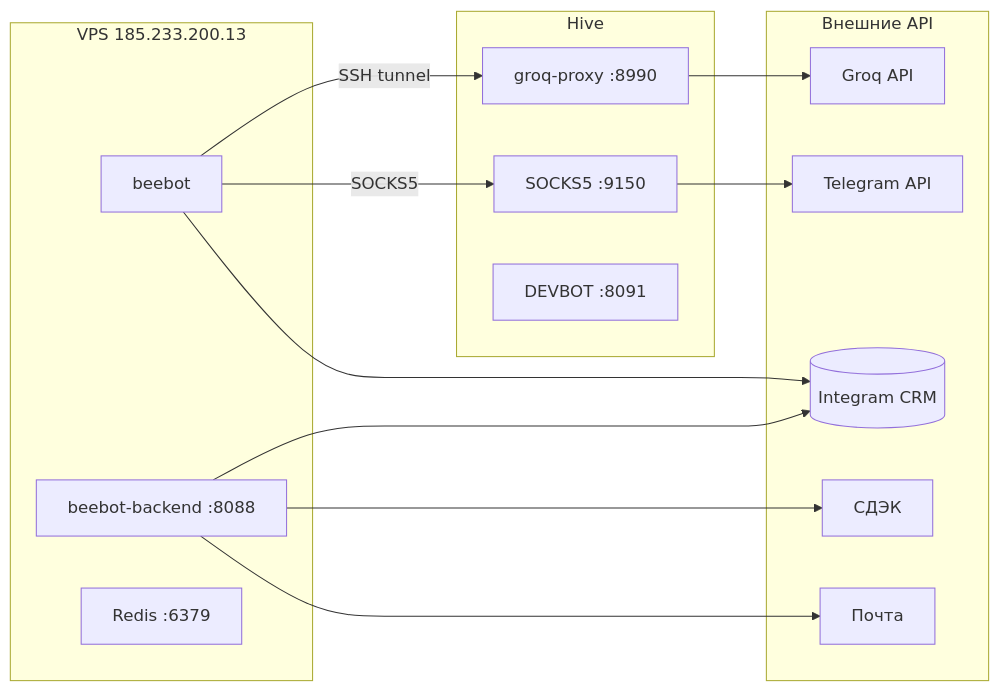
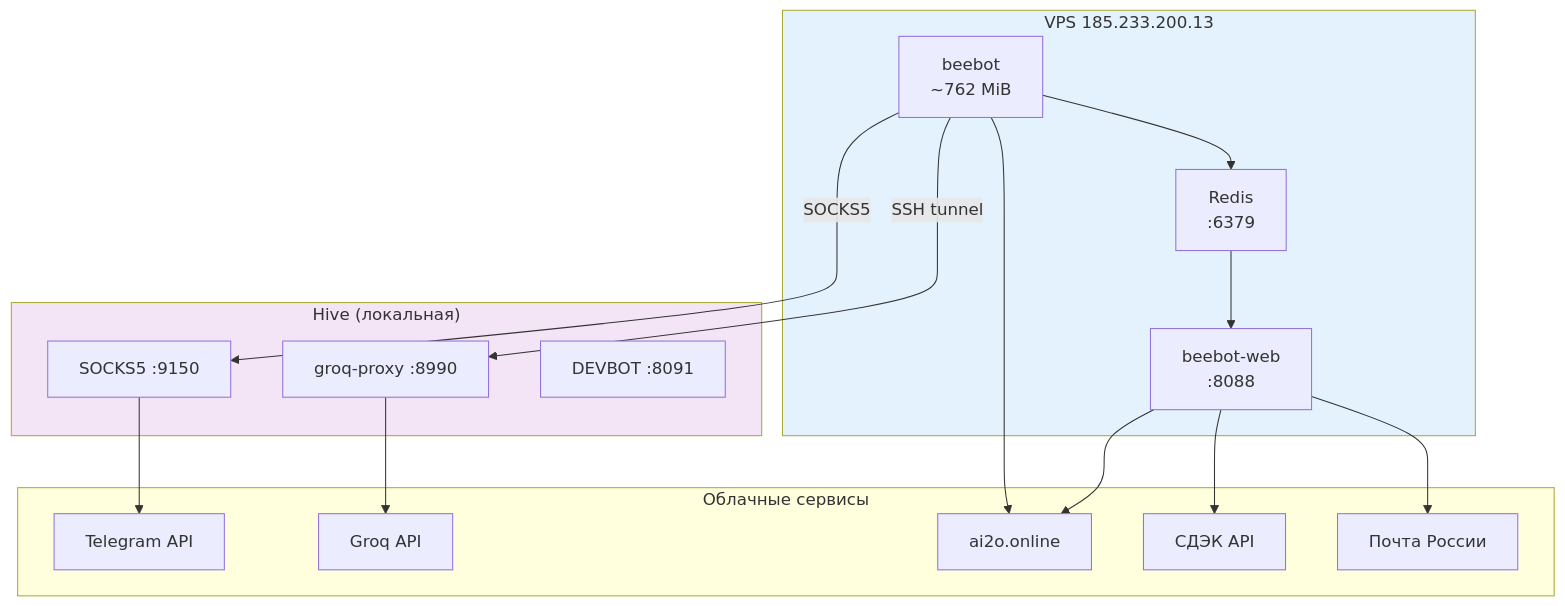
Before and after one commit to unidel2035/BEEBOT: the seventh of 10 diagrams in docs/architecture.md, drawn with Mermaid. The commit also changed other lines of this file and 4 other files, not shown here.

First line of the commit message:
docs: анализ проекта, план развития, архитектурные диаграммы (#144)

````diff
--- a/docs/architecture.md
+++ b/docs/architecture.md
@@ -398,27 +236,31 @@
 ```mermaid
-graph LR
+graph TB
     subgraph VPS["VPS 185.233.200.13"]
-        BOT[beebot]
-        WEB[beebot-backend :8088]
-        REDIS[Redis :6379]
+        BOT_C["beebot<br/>~762 MiB"]
+        WEB_C["beebot-web<br/>:8088"]
+        REDIS_C["Redis<br/>:6379"]
     end
 
-    subgraph HIVE["Hive"]
-        PROXY[groq-proxy :8990]
-        SOCKS[SOCKS5 :9150]
-        DEVBOT[DEVBOT :8091]
+    subgraph HIVE["Hive (локальная)"]
+        GROQ_P["groq-proxy :8990"]
+        SOCKS["SOCKS5 :9150"]
+        DEVBOT_C["DEVBOT :8091"]
     end
 
-    subgraph EXT["Внешние API"]
-        GROQ[Groq API]
-        TG[Telegram API]
-        CRM_EXT[(Integram CRM)]
-        CDEK[СДЭК]
-        POCHTA[Почта]
+    subgraph CLOUD["Облачные сервисы"]
+        TG_API["Telegram API"]
+        GROQ_API["Groq API"]
+        CRM_V2_C["ai2o.online"]
+        CDEK["СДЭК API"]
+        POCHTA["Почта России"]
     end
 
-    BOT -->|SSH tunnel| PROXY --> GROQ
-    BOT -->|SOCKS5| SOCKS --> TG
-    BOT & WEB --> CRM_EXT
-    WEB --> CDEK & POCHTA
+    BOT_C -->|"SSH tunnel"| GROQ_P --> GROQ_API
+    BOT_C -->|"SOCKS5"| SOCKS --> TG_API
+    BOT_C --> REDIS_C --> WEB_C
+    BOT_C & WEB_C --> CRM_V2_C
+    WEB_C --> CDEK & POCHTA
+
+    style VPS fill:#e3f2fd
+    style HIVE fill:#f3e5f5
 ```
````
